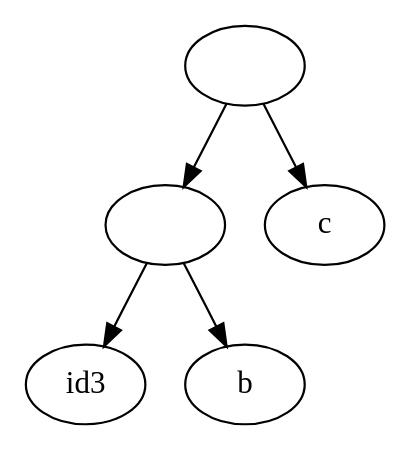
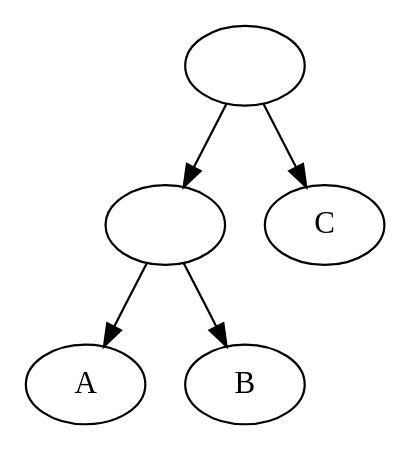
The diagram in ParsingTxt/ParentheticalToDot/converted.dot (iharnoor/PhylogeneticsWebsite), drawn with Graphviz before and after one commit. The commit also changed 18 other files, not shown here.

```diff
--- a/ParsingTxt/ParentheticalToDot/converted.dot
+++ b/ParsingTxt/ParentheticalToDot/converted.dot
@@ -1,11 +1,11 @@
 digraph G {
 id5[label=""];
 id3[label=""];
-id1[label="id3"];
+id1[label="A"];
 id3 ->  id1
-id2[label="b"];
+id2[label="B"];
 id3 ->  id2
 id5 ->  id3
-id4[label="c"];
+id4[label="C"];
 id5 ->  id4
 }
```
